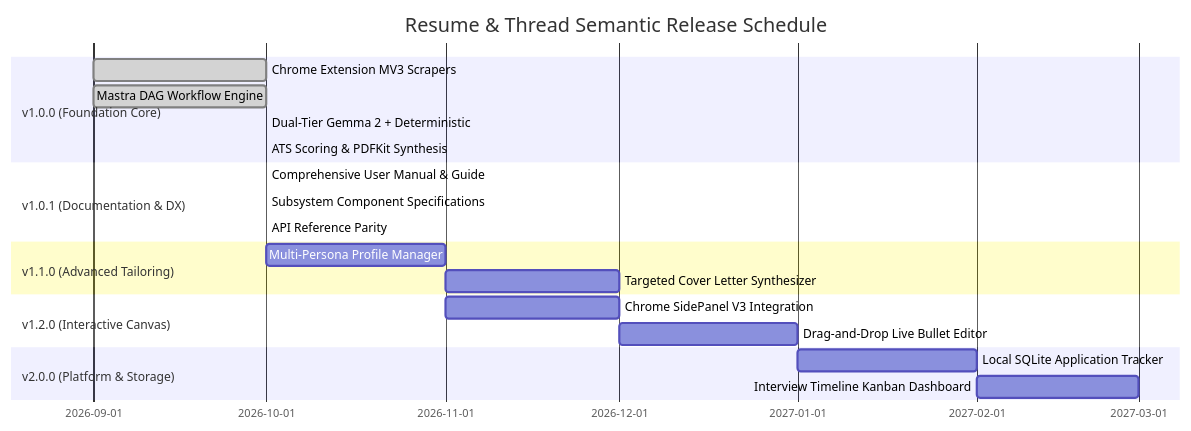
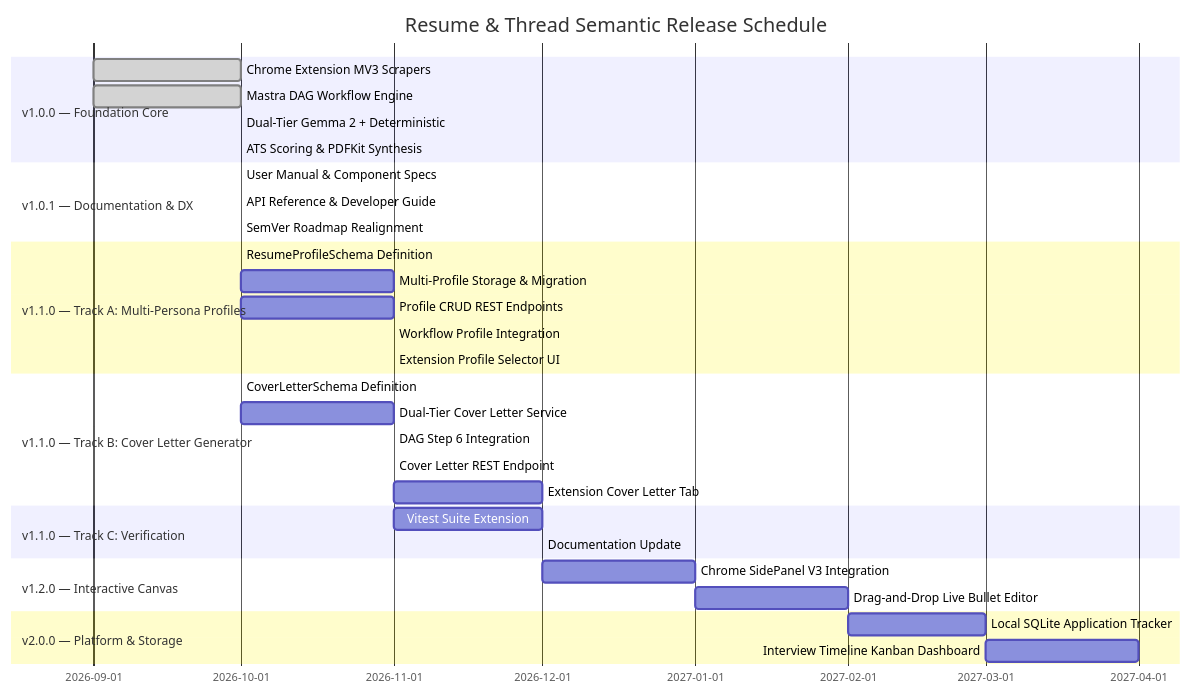
The first of 2 diagrams in docs/roadmap/unified-platform-roadmap.md (Inkesk-Dozing/Resume-and-Thread), drawn with Mermaid before and after one commit. The commit also changed other lines of this file, not shown here.

First line of the commit message:
docs(roadmap): expand v1.1.0 milestone into 12 granular issues across parallel tracks (#30) (#31)

````diff
--- a/docs/roadmap/unified-platform-roadmap.md
+++ b/docs/roadmap/unified-platform-roadmap.md
@@ -7,23 +7,35 @@
 ```mermaid
 gantt
     title Resume & Thread Semantic Release Schedule
     dateFormat  YYYY-MM
-    section v1.0.0 (Foundation Core)
-    Chrome Extension MV3 Scrapers        :done, v1_1, 2026-09, 2026-10
-    Mastra DAG Workflow Engine           :done, v1_2, 2026-09, 2026-10
-    Dual-Tier Gemma 2 + Deterministic    :done, v1_3, 2026-10, 2026-10
-    ATS Scoring & PDFKit Synthesis       :done, v1_4, 2026-10, 2026-10
-    section v1.0.1 (Documentation & DX)
-    Comprehensive User Manual & Guide   :active, v101_1, 2026-10, 2026-10
-    Subsystem Component Specifications   :active, v101_2, 2026-10, 2026-10
-    API Reference Parity                 :active, v101_3, 2026-10, 2026-10
-    section v1.1.0 (Advanced Tailoring)
-    Multi-Persona Profile Manager        :v11_1, 2026-10, 2026-11
-    Targeted Cover Letter Synthesizer    :v11_2, 2026-11, 2026-12
-    section v1.2.0 (Interactive Canvas)
-    Chrome SidePanel V3 Integration      :v12_1, 2026-11, 2026-12
-    Drag-and-Drop Live Bullet Editor     :v12_2, 2026-12, 2027-01
-    section v2.0.0 (Platform & Storage)
-    Local SQLite Application Tracker     :v20_1, 2027-01, 2027-02
-    Interview Timeline Kanban Dashboard  :v20_2, 2027-02, 2027-03
+    section v1.0.0 — Foundation Core
+    Chrome Extension MV3 Scrapers          :done, v1_1, 2026-09, 2026-10
+    Mastra DAG Workflow Engine             :done, v1_2, 2026-09, 2026-10
+    Dual-Tier Gemma 2 + Deterministic      :done, v1_3, 2026-10, 2026-10
+    ATS Scoring & PDFKit Synthesis         :done, v1_4, 2026-10, 2026-10
+    section v1.0.1 — Documentation & DX
+    User Manual & Component Specs          :done, v101_1, 2026-10, 2026-10
+    API Reference & Developer Guide        :done, v101_2, 2026-10, 2026-10
+    SemVer Roadmap Realignment             :done, v101_3, 2026-10, 2026-10
+    section v1.1.0 — Track A: Multi-Persona Profiles
+    ResumeProfileSchema Definition         :active, v11_a1, 2026-10, 2026-10
+    Multi-Profile Storage & Migration      :v11_a2, 2026-10, 2026-11
+    Profile CRUD REST Endpoints            :v11_a3, 2026-10, 2026-11
+    Workflow Profile Integration           :v11_a4, 2026-11, 2026-11
+    Extension Profile Selector UI          :v11_a5, 2026-11, 2026-11
+    section v1.1.0 — Track B: Cover Letter Generator
+    CoverLetterSchema Definition           :v11_b1, 2026-10, 2026-10
+    Dual-Tier Cover Letter Service         :v11_b2, 2026-10, 2026-11
+    DAG Step 6 Integration                 :v11_b3, 2026-11, 2026-11
+    Cover Letter REST Endpoint             :v11_b4, 2026-11, 2026-11
+    Extension Cover Letter Tab             :v11_b5, 2026-11, 2026-12
+    section v1.1.0 — Track C: Verification
+    Vitest Suite Extension                 :v11_c1, 2026-11, 2026-12
+    Documentation Update                   :v11_c2, 2026-12, 2026-12
+    section v1.2.0 — Interactive Canvas
+    Chrome SidePanel V3 Integration        :v12_1, 2026-12, 2027-01
+    Drag-and-Drop Live Bullet Editor       :v12_2, 2027-01, 2027-02
+    section v2.0.0 — Platform & Storage
+    Local SQLite Application Tracker       :v20_1, 2027-02, 2027-03
+    Interview Timeline Kanban Dashboard    :v20_2, 2027-03, 2027-04
 ```
````
